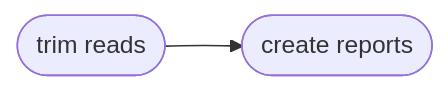
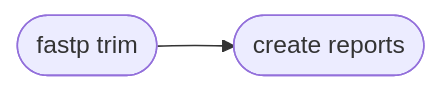
The diagram in Modules/qualitytrimming.md (pdimens/harpy), drawn with Mermaid before and after one commit. The commit also changed other lines of this file and 4 other files, not shown here.

````diff
--- a/Modules/qualitytrimming.md
+++ b/Modules/qualitytrimming.md
@@ -54,4 +54,4 @@
 ```mermaid
 graph LR
-    A([trim reads]) --> B([create reports])
+    A([fastp trim]) --> B([create reports])
 ```
````
